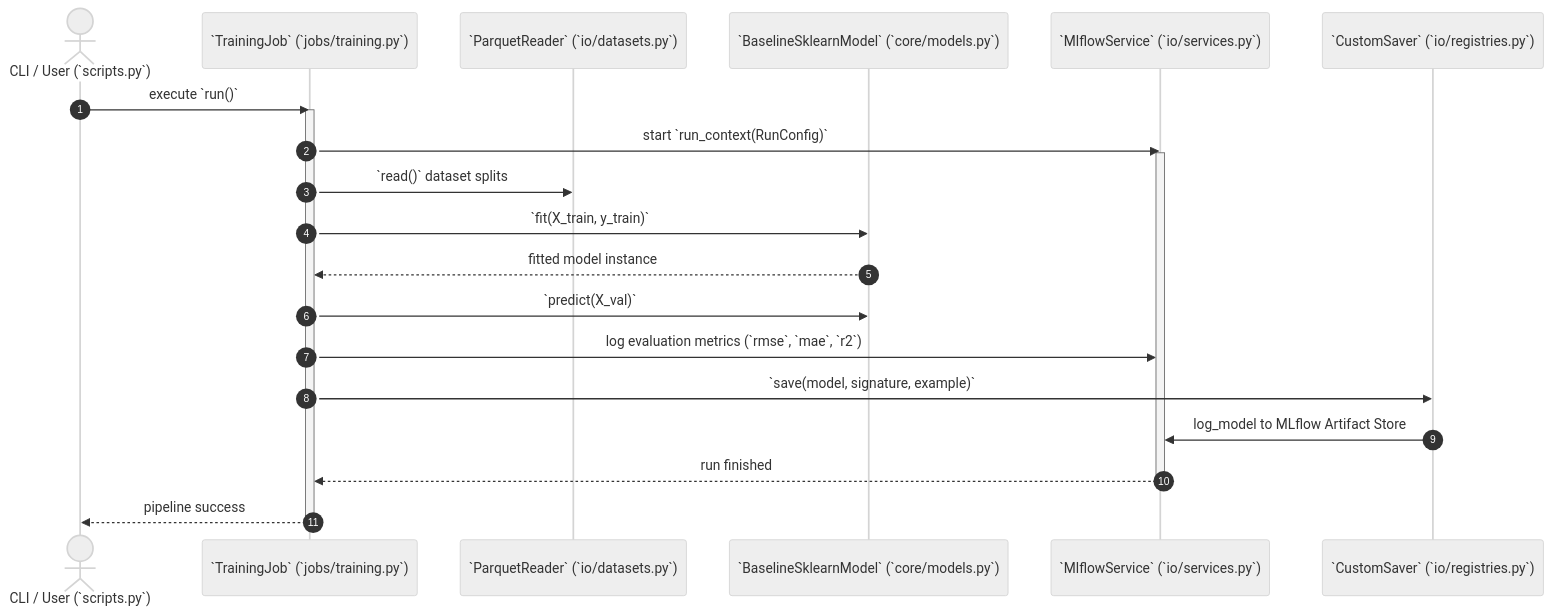
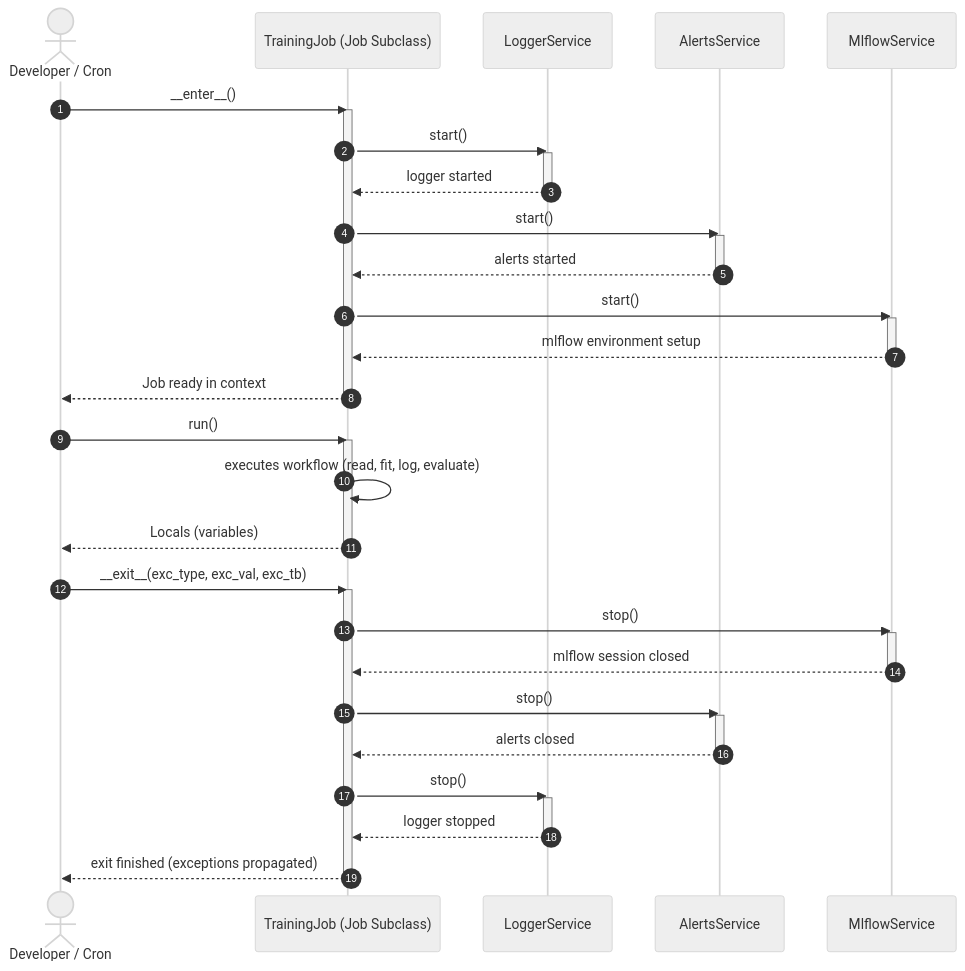
One commit to lgcorzo/mlops-python-package changed the first of 2 diagrams in openwiki/architecture/runtime_sequences.md. Above: the diagram before and after it, drawn with Mermaid (neutral theme). The commit also changed other lines of this file and 40 other files, not shown here.

````diff
--- a/openwiki/architecture/runtime_sequences.md
+++ b/openwiki/architecture/runtime_sequences.md
@@ -18,26 +22,55 @@
 ```mermaid
 sequenceDiagram
     autonumber
-    actor CLI as CLI / User (`scripts.py`)
-    participant Job as `TrainingJob` (`jobs/training.py`)
-    participant DS as `ParquetReader` (`io/datasets.py`)
-    participant MDL as `BaselineSklearnModel` (`core/models.py`)
-    participant MLF as `MlflowService` (`io/services.py`)
-    participant REG as `CustomSaver` (`io/registries.py`)
+    actor CLI as Developer / Cron
+    participant Job as TrainingJob (Job Subclass)
+    participant LogSvc as LoggerService
+    participant AlertSvc as AlertsService
+    participant MLflowSvc as MlflowService
 
-    CLI->>Job: execute `run()`
+    CLI->>Job: __enter__()
     activate Job
-    Job->>MLF: start `run_context(RunConfig)`
-    activate MLF
-    Job->>DS: `read()` dataset splits
-    Job->>MDL: `fit(X_train, y_train)`
-    MDL-->>Job: fitted model instance
-    Job->>MDL: `predict(X_val)`
-    Job->>MLF: log evaluation metrics (`rmse`, `mae`, `r2`)
-    Job->>REG: `save(model, signature, example)`
-    REG->>MLF: log_model to MLflow Artifact Store
-    MLF-->>Job: run finished
-    deactivate MLF
-    Job-->>CLI: pipeline success
+    Job->>LogSvc: start()
+    activate LogSvc
+    LogSvc-->>Job: logger started
+    deactivate LogSvc
+
+    Job->>AlertSvc: start()
+    activate AlertSvc
+    AlertSvc-->>Job: alerts started
+    deactivate AlertSvc
+
+    Job->>MLflowSvc: start()
+    activate MLflowSvc
+    MLflowSvc-->>Job: mlflow environment setup
+    deactivate MLflowSvc
+
+    Job-->>CLI: Job ready in context
+    deactivate Job
+
+    CLI->>Job: run()
+    activate Job
+    Job->>Job: executes workflow (read, fit, log, evaluate)
+    Job-->>CLI: Locals (variables)
+    deactivate Job
+
+    CLI->>Job: __exit__(exc_type, exc_val, exc_tb)
+    activate Job
+    Job->>MLflowSvc: stop()
+    activate MLflowSvc
+    MLflowSvc-->>Job: mlflow session closed
+    deactivate MLflowSvc
+
+    Job->>AlertSvc: stop()
+    activate AlertSvc
+    AlertSvc-->>Job: alerts closed
+    deactivate AlertSvc
+
+    Job->>LogSvc: stop()
+    activate LogSvc
+    LogSvc-->>Job: logger stopped
+    deactivate LogSvc
+
+    Job-->>CLI: exit finished (exceptions propagated)
     deactivate Job
 ```
````
